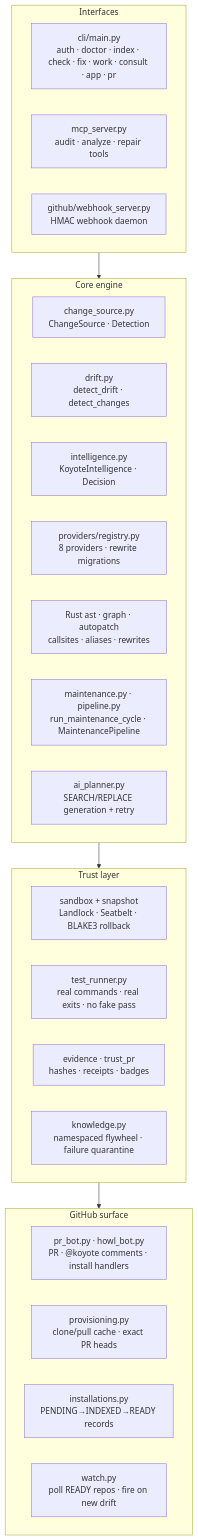
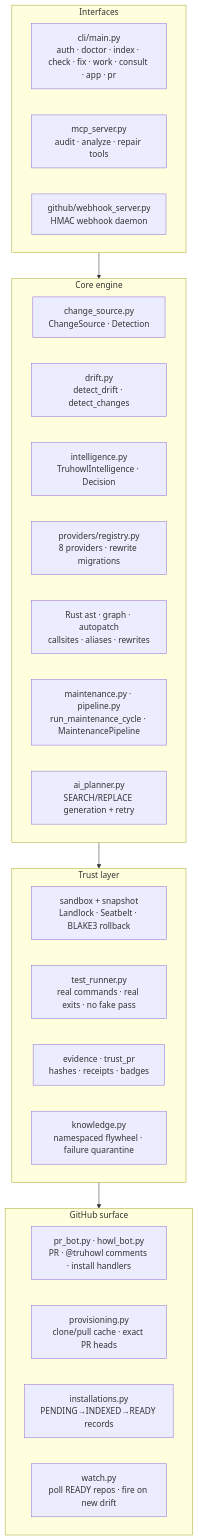
One commit to Devaretanmay/truhowl changed the third of 3 diagrams in docs/SYSTEM_MAP.md. Above: the diagram before and after it, drawn with Mermaid. The commit also changed other lines of this file and 312 other files, not shown here.

First line of the commit message:
chore(brand): rename Koyote to Truhowl

````diff
--- a/docs/SYSTEM_MAP.md
+++ b/docs/SYSTEM_MAP.md
@@ -34,30 +34,30 @@
 ```mermaid
 flowchart TD
     subgraph IN["Interfaces"]
         CLI["cli/main.py<br/>auth · doctor · index · check · fix · work · consult · app · pr"]
         MCP["mcp_server.py<br/>audit · analyze · repair tools"]
         WH["github/webhook_server.py<br/>HMAC webhook daemon"]
     end
     subgraph CORE["Core engine"]
         CS["change_source.py<br/>ChangeSource · Detection"]
         DRIFT["drift.py<br/>detect_drift · detect_changes"]
-        INTEL["intelligence.py<br/>KoyoteIntelligence · Decision"]
+        INTEL["intelligence.py<br/>TruhowlIntelligence · Decision"]
         REG["providers/registry.py<br/>8 providers · rewrite migrations"]
         AST["Rust ast · graph · autopatch<br/>callsites · aliases · rewrites"]
         PLAN["maintenance.py · pipeline.py<br/>run_maintenance_cycle · MaintenancePipeline"]
         AIplan["ai_planner.py<br/>SEARCH/REPLACE generation + retry"]
     end
     subgraph TRUST["Trust layer"]
         SB["sandbox + snapshot<br/>Landlock · Seatbelt · BLAKE3 rollback"]
         TR["test_runner.py<br/>real commands · real exits · no fake pass"]
         EV2["evidence · trust_pr<br/>hashes · receipts · badges"]
         KB["knowledge.py<br/>namespaced flywheel · failure quarantine"]
     end
     subgraph GH["GitHub surface"]
-        BOT["pr_bot.py · howl_bot.py<br/>PR · @koyote comments · install handlers"]
+        BOT["pr_bot.py · howl_bot.py<br/>PR · @truhowl comments · install handlers"]
         PROV["provisioning.py<br/>clone/pull cache · exact PR heads"]
         INST["installations.py<br/>PENDING→INDEXED→READY records"]
         WATCH["watch.py<br/>poll READY repos · fire on new drift"]
     end
     IN --> CORE --> TRUST --> GH
 ```
````
